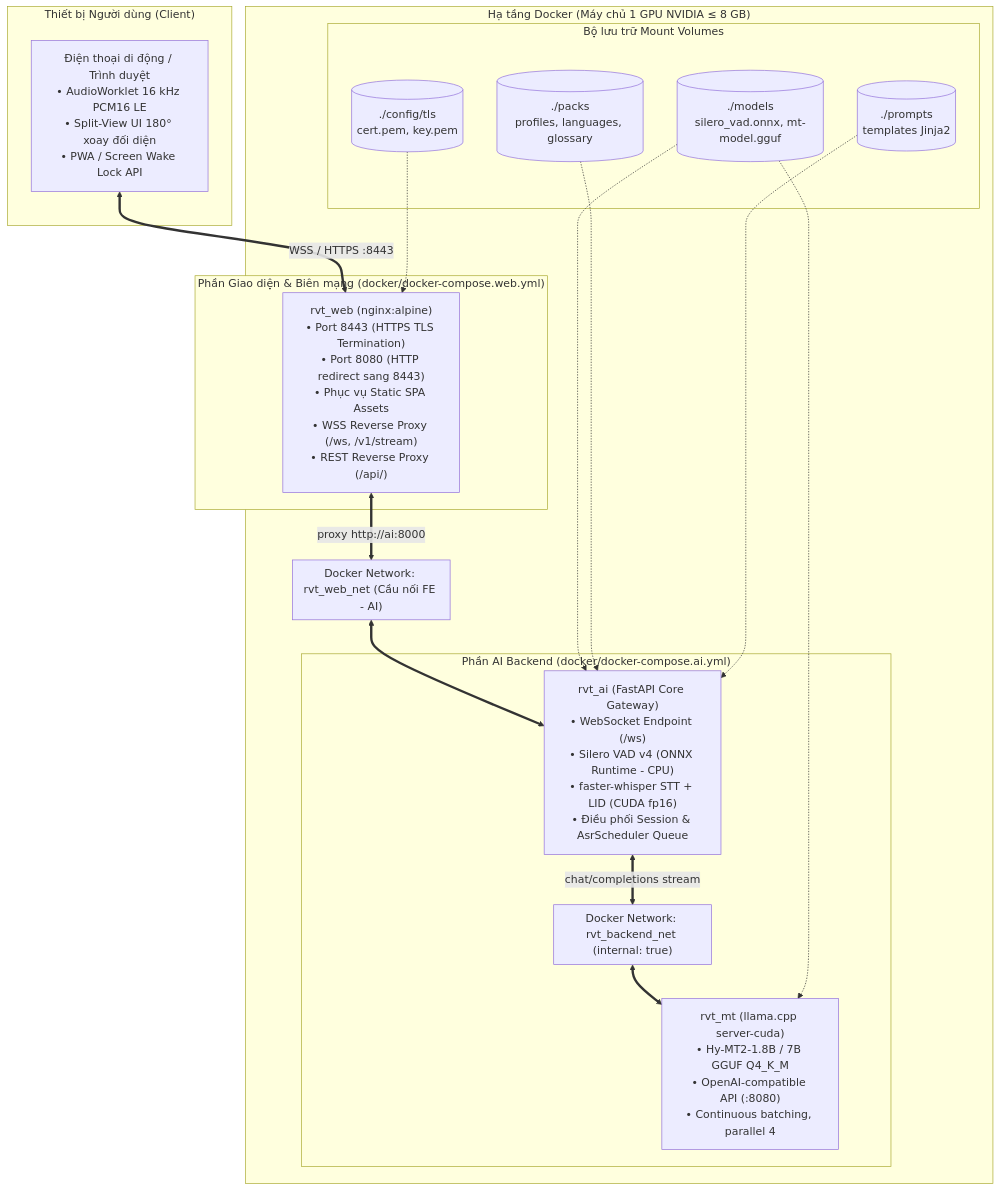
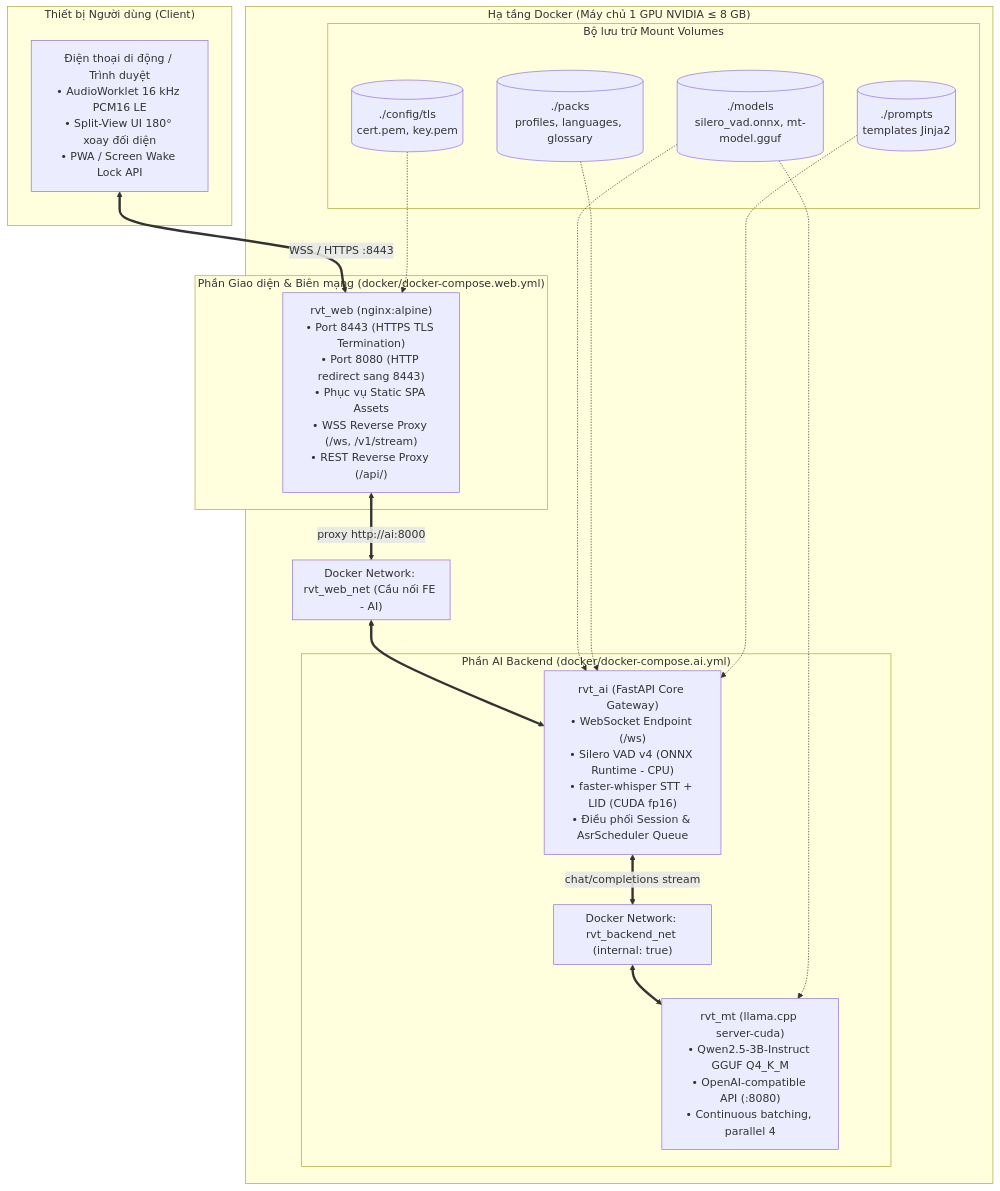
One commit to superken-python/ai-architecture changed the first of 6 diagrams in projects/realtime-voice-translate/docs/03-technical-details-design.md. Above: the diagram before and after it, drawn with Mermaid. The commit also changed other lines of this file and 12 other files, not shown here.

Commit message:
feat: upgrade MT model to Qwen2.5-3B-Instruct and add model cleanup script

````diff
--- a/projects/realtime-voice-translate/docs/03-technical-details-design.md
+++ b/projects/realtime-voice-translate/docs/03-technical-details-design.md
@@ -9,43 +9,43 @@
 ```mermaid
 flowchart TB
     subgraph CLIENT["Thiết bị Người dùng (Client)"]
         PHONE["Điện thoại di động / Trình duyệt<br/>• AudioWorklet 16 kHz PCM16 LE<br/>• Split-View UI 180° xoay đối diện<br/>• PWA / Screen Wake Lock API"]
     end
 
     subgraph DOCKER_HOST["Hạ tầng Docker (Máy chủ 1 GPU NVIDIA ≤ 8 GB)"]
         subgraph FE_ZONE["Phần Giao diện & Biên mạng (docker/docker-compose.web.yml)"]
             NGINX["rvt_web (nginx:alpine)<br/>• Port 8443 (HTTPS TLS Termination)<br/>• Port 8080 (HTTP redirect sang 8443)<br/>• Phục vụ Static SPA Assets<br/>• WSS Reverse Proxy (/ws, /v1/stream)<br/>• REST Reverse Proxy (/api/)"]
         end
 
         subgraph NET_WEB["Docker Network: rvt_web_net (Cầu nối FE - AI)"]
         end
 
         subgraph AI_ZONE["Phần AI Backend (docker/docker-compose.ai.yml)"]
             AI_GW["rvt_ai (FastAPI Core Gateway)<br/>• WebSocket Endpoint (/ws)<br/>• Silero VAD v4 (ONNX Runtime - CPU)<br/>• faster-whisper STT + LID (CUDA fp16)<br/>• Điều phối Session & AsrScheduler Queue"]
             
             subgraph NET_BACKEND["Docker Network: rvt_backend_net (internal: true)"]
             end
 
-            MT_SRV["rvt_mt (llama.cpp server-cuda)<br/>• Hy-MT2-1.8B / 7B GGUF Q4_K_M<br/>• OpenAI-compatible API (:8080)<br/>• Continuous batching, parallel 4"]
+            MT_SRV["rvt_mt (llama.cpp server-cuda)<br/>• Qwen2.5-3B-Instruct GGUF Q4_K_M<br/>• OpenAI-compatible API (:8080)<br/>• Continuous batching, parallel 4"]
         end
 
         subgraph STORAGE["Bộ lưu trữ Mount Volumes"]
             VOL_TLS[("./config/tls<br/>cert.pem, key.pem")]
             VOL_MODELS[("./models<br/>silero_vad.onnx, mt-model.gguf")]
             VOL_PACKS[("./packs<br/>profiles, languages, glossary")]
             VOL_PROMPTS[("./prompts<br/>templates Jinja2")]
         end
     end
 
     PHONE <== "WSS / HTTPS :8443" ==> NGINX
     NGINX <== "proxy http://ai:8000" ==> NET_WEB
     NET_WEB <==> AI_GW
     AI_GW <== "chat/completions stream" ==> NET_BACKEND
     NET_BACKEND <==> MT_SRV
 
     VOL_TLS -.-> NGINX
     VOL_MODELS -.-> AI_GW
     VOL_MODELS -.-> MT_SRV
     VOL_PACKS -.-> AI_GW
     VOL_PROMPTS -.-> AI_GW
 ```
````
